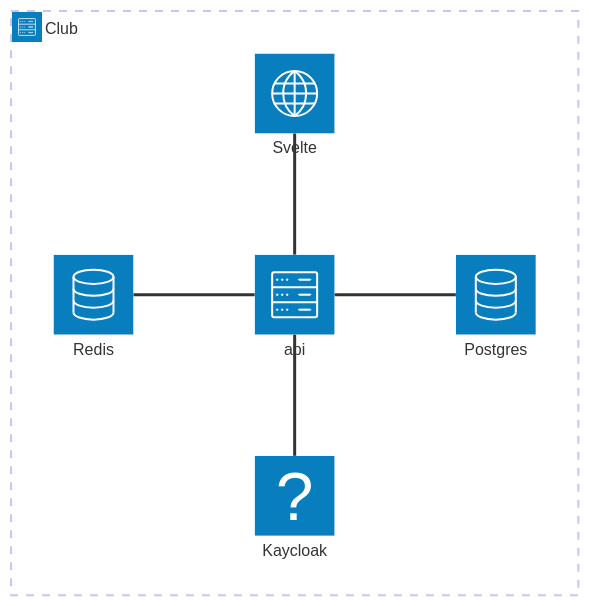
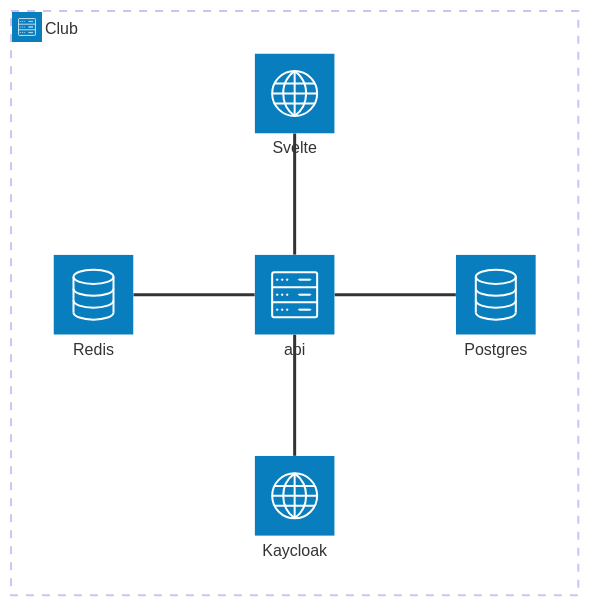
Before and after one commit to kayordDX/club: the diagram in README.md, drawn with Mermaid.

Commit message:
Fix typo in README architecture diagram

````diff
--- a/README.md
+++ b/README.md
@@ -113,15 +113,15 @@
 ```mermaid
 architecture-beta
     group club(server)[Club]
 
     service db(database)[Postgres] in club
     service redis(database)[Redis] in club
     service api(server)[api] in club
     service svelte(internet)[Svelte] in club
-    service keycloak(auth)[Kaycloak] in club
+    service keycloak(internet)[Kaycloak] in club
 
     svelte:B -- T:api
     db:L -- R:api
     redis:R -- L:api
     keycloak:T -- B:api
 ```
````
